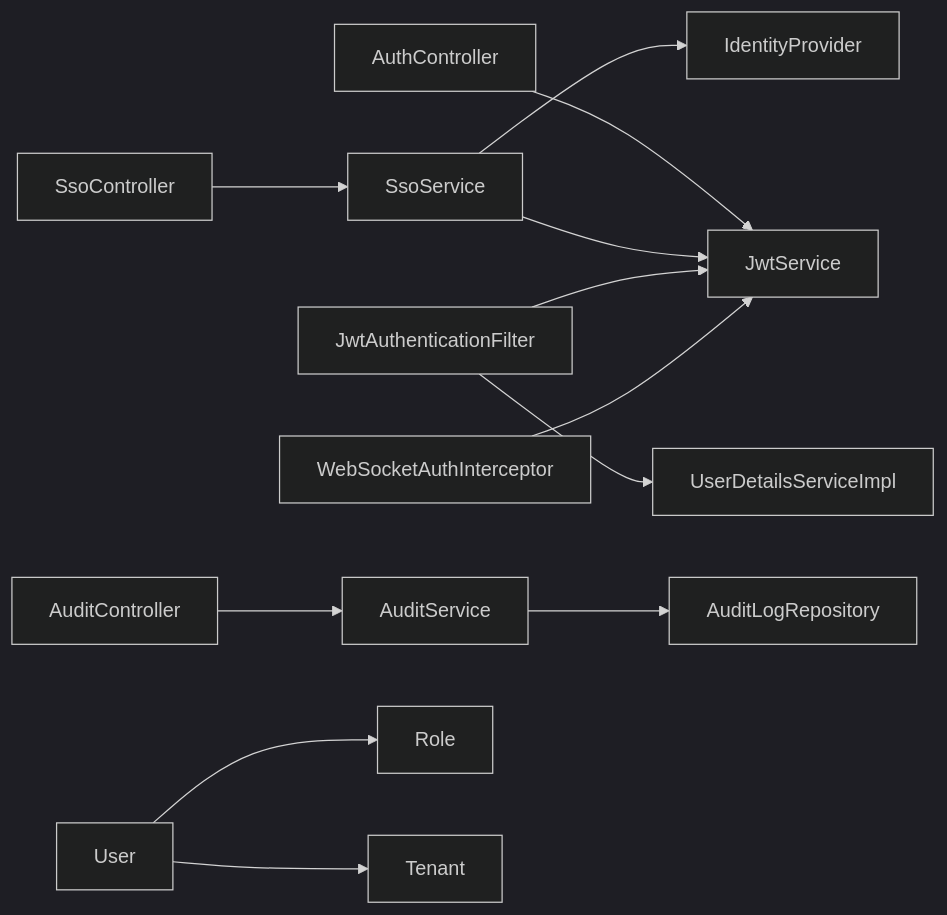
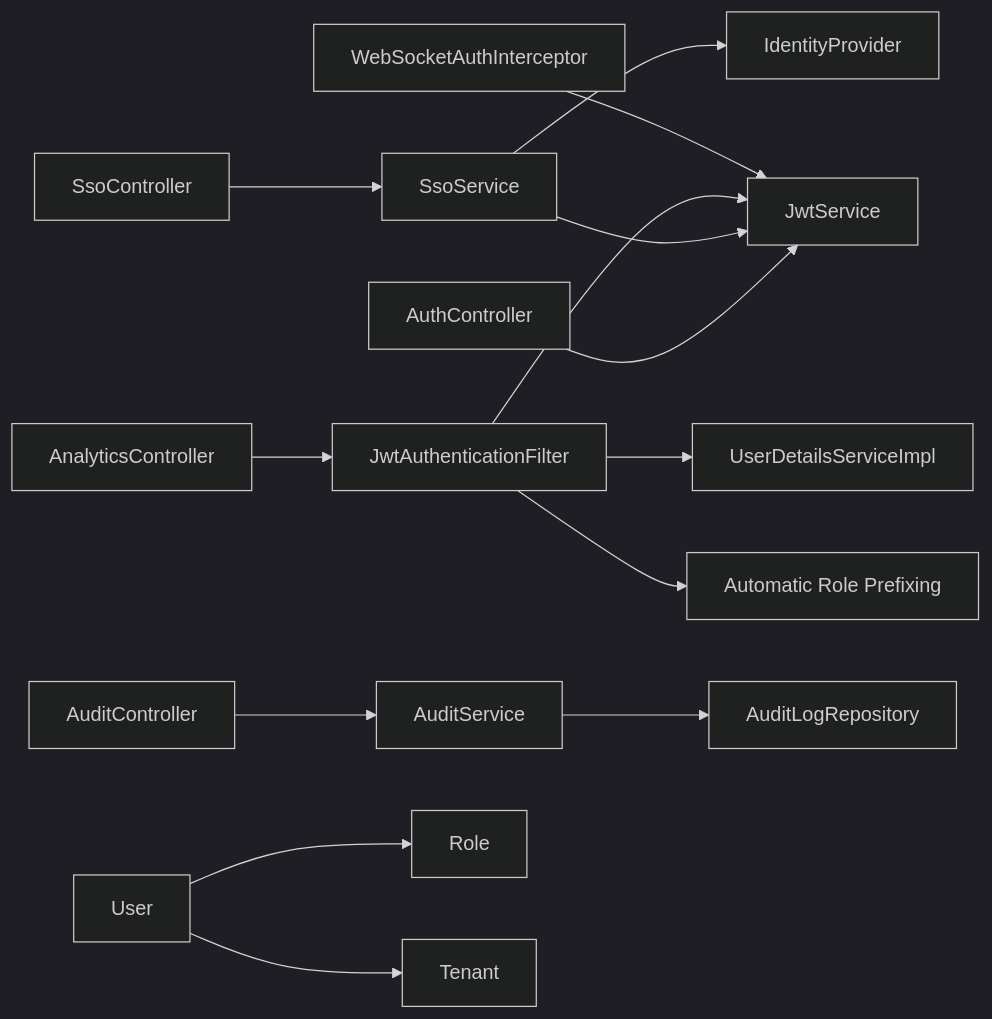
The seventh of 7 diagrams in .qoder/repowiki/en/content/Security Implementation/Security Implementation.md (Vostrikov2014/vks-qoder), drawn with Mermaid (dark theme) before and after one commit. The commit also changed other lines of this file and 15 other files, not shown here.

````diff
--- a/.qoder/repowiki/en/content/Security Implementation/Security Implementation.md
+++ b/.qoder/repowiki/en/content/Security Implementation/Security Implementation.md
@@ -431,14 +449,16 @@
 ```mermaid
 graph LR
 AC["AuthController"] --> JS["JwtService"]
 SSC["SsoController"] --> SS["SsoService"]
 SS --> JS
 JAF["JwtAuthenticationFilter"] --> JS
 JAF --> UDS["UserDetailsServiceImpl"]
+JAF --> ROLEPREFIX["Automatic Role Prefixing"]
 WSA["WebSocketAuthInterceptor"] --> JS
 AS["AuditService"] --> ALR["AuditLogRepository"]
 AUCC["AuditController"] --> AS
+ANAC["AnalyticsController"] --> JAF
 SS --> IP["IdentityProvider"]
 U["User"] --> R["Role"]
 U --> T["Tenant"]
 ```
````
